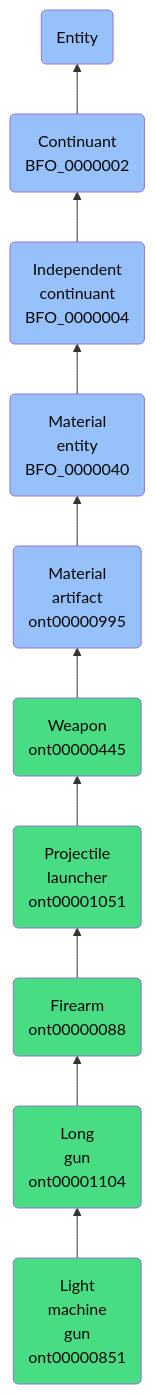
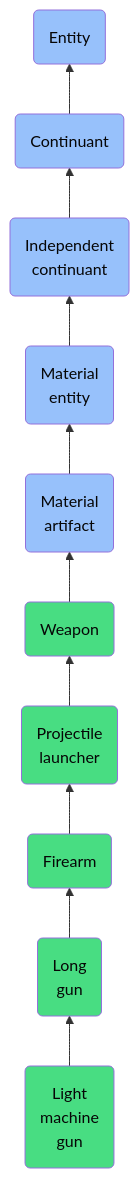
The diagram in docs/ontology/reference/model/Entity/Continuant/Independent continuant/Material entity/Material artifact/Weapon/Projectile launcher/Firearm/Long gun/Light machine gun/Light machine gun.md (jupyter-naas/abi), drawn with Mermaid before and after one commit. The commit also changed other lines of this file and 1430 other files, not shown here.

````diff
--- a/docs/ontology/reference/model/Entity/Continuant/Independent continuant/Material entity/Material artifact/Weapon/Projectile launcher/Firearm/Long gun/Light machine gun/Light machine gun.md
+++ b/docs/ontology/reference/model/Entity/Continuant/Independent continuant/Material entity/Material artifact/Weapon/Projectile launcher/Firearm/Long gun/Light machine gun/Light machine gun.md
@@ -24,17 +24,17 @@
 ```mermaid
 graph BT
-    ont00000851(Light<br>machine<br>gun<br>ont00000851):::ABI-->ont00001104
-    ont00001104(Long<br>gun<br>ont00001104):::ABI-->ont00000088
-    ont00000088(Firearm<br>ont00000088):::ABI-->ont00001051
-    ont00001051(Projectile<br>launcher<br>ont00001051):::ABI-->ont00000445
-    ont00000445(Weapon<br>ont00000445):::ABI-->ont00000995
-    ont00000995(Material<br>artifact<br>ont00000995):::BFO-->BFO_0000040
-    BFO_0000040(Material<br>entity<br>BFO_0000040):::BFO-->BFO_0000004
-    BFO_0000004(Independent<br>continuant<br>BFO_0000004):::BFO-->BFO_0000002
-    BFO_0000002(Continuant<br>BFO_0000002):::BFO-->BFO_0000001
+    ont00000851(Light<br>machine<br>gun):::ABI-->ont00001104
+    ont00001104(Long<br>gun):::ABI-->ont00000088
+    ont00000088(Firearm):::ABI-->ont00001051
+    ont00001051(Projectile<br>launcher):::ABI-->ont00000445
+    ont00000445(Weapon):::ABI-->ont00000995
+    ont00000995(Material<br>artifact):::BFO-->BFO_0000040
+    BFO_0000040(Material<br>entity):::BFO-->BFO_0000004
+    BFO_0000004(Independent<br>continuant):::BFO-->BFO_0000002
+    BFO_0000002(Continuant):::BFO-->BFO_0000001
     BFO_0000001(Entity):::BFO
     
     classDef BFO fill:#97c1fb,color:#060606
     classDef CCO fill:#e4c51e,color:#060606
     classDef ABI fill:#48DD82,color:#060606
 ```
````
